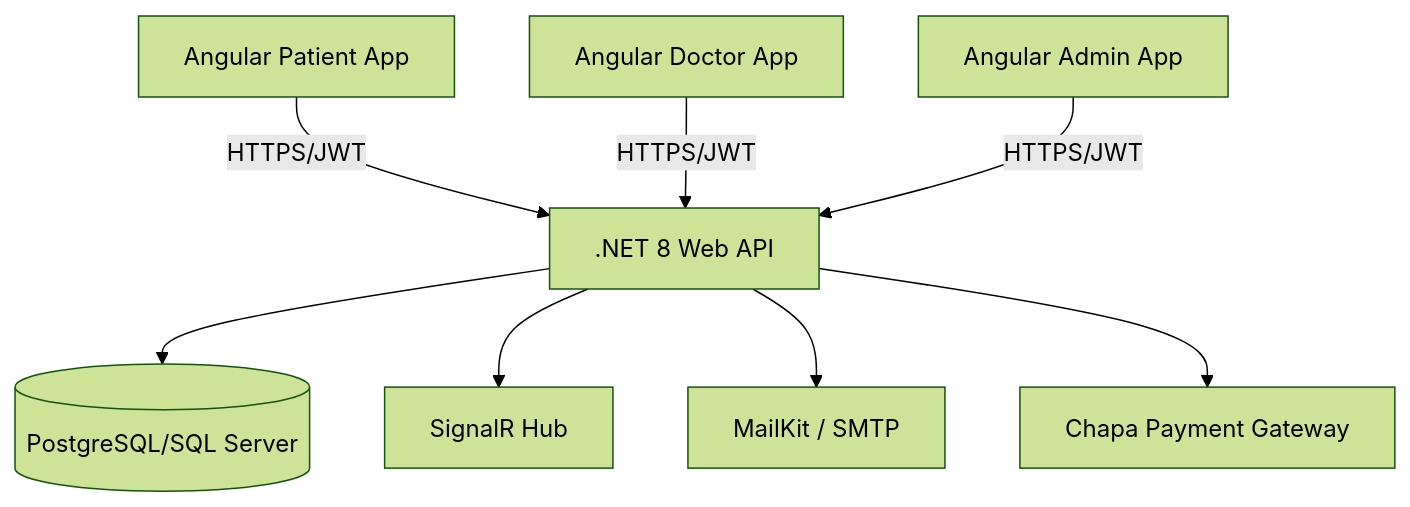
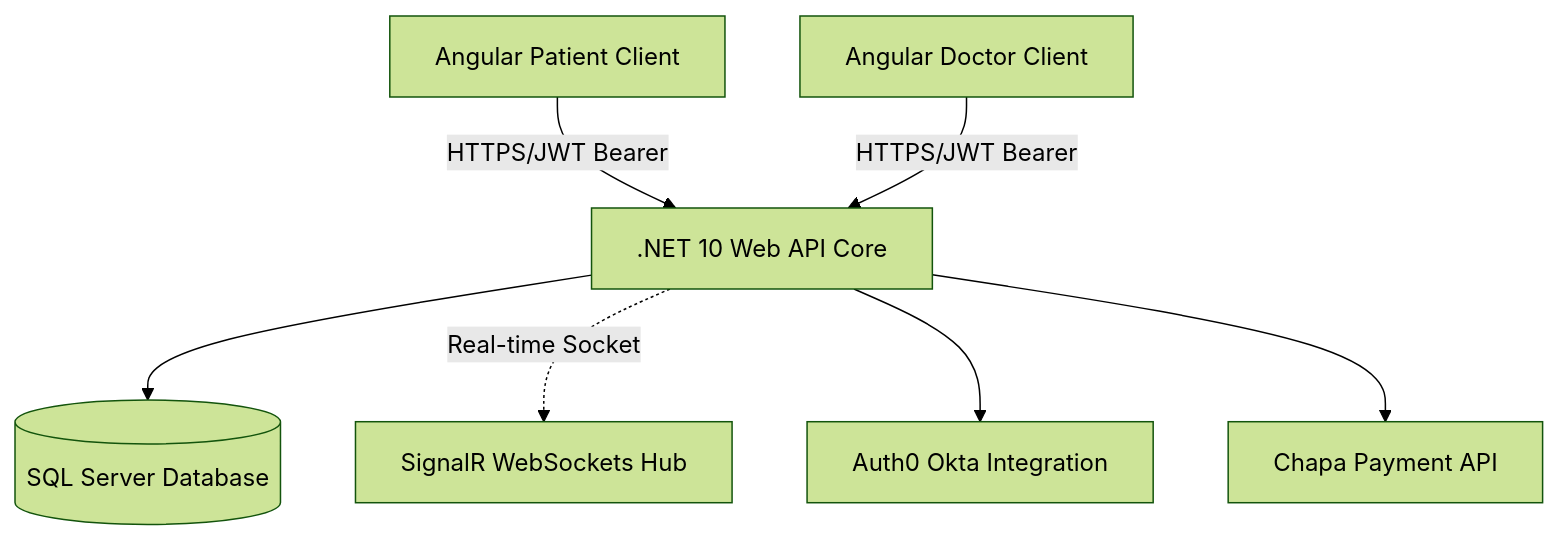
One commit to Abrham-Asrat/Med-Connect changed the first of 2 diagrams in README.md. Above: the diagram before and after it, drawn with Mermaid (forest theme). The commit also changed other lines of this file and 39 other files, not shown here.

````diff
--- a/README.md
+++ b/README.md
@@ -19,10 +63,9 @@
 ```mermaid
 graph TD
-    A[Angular Patient App] -->|HTTPS/JWT| B[ .NET 8 Web API ]
-    C[Angular Doctor App] -->|HTTPS/JWT| B
-    D[Angular Admin App] -->|HTTPS/JWT| B
-    B --> E[(PostgreSQL/SQL Server)]
-    B --> F[SignalR Hub]
-    B --> G[MailKit / SMTP]
-    B --> H[Chapa Payment Gateway]
+    A[Angular Patient Client] -->|HTTPS/JWT Bearer| B[ .NET 10 Web API Core ]
+    C[Angular Doctor Client] -->|HTTPS/JWT Bearer| B
+    B --> E[(SQL Server Database)]
+    B -.->|Real-time Socket| F[SignalR WebSockets Hub]
+    B --> G[Auth0 Okta Integration]
+    B --> H[Chapa Payment API]
 ```
````
